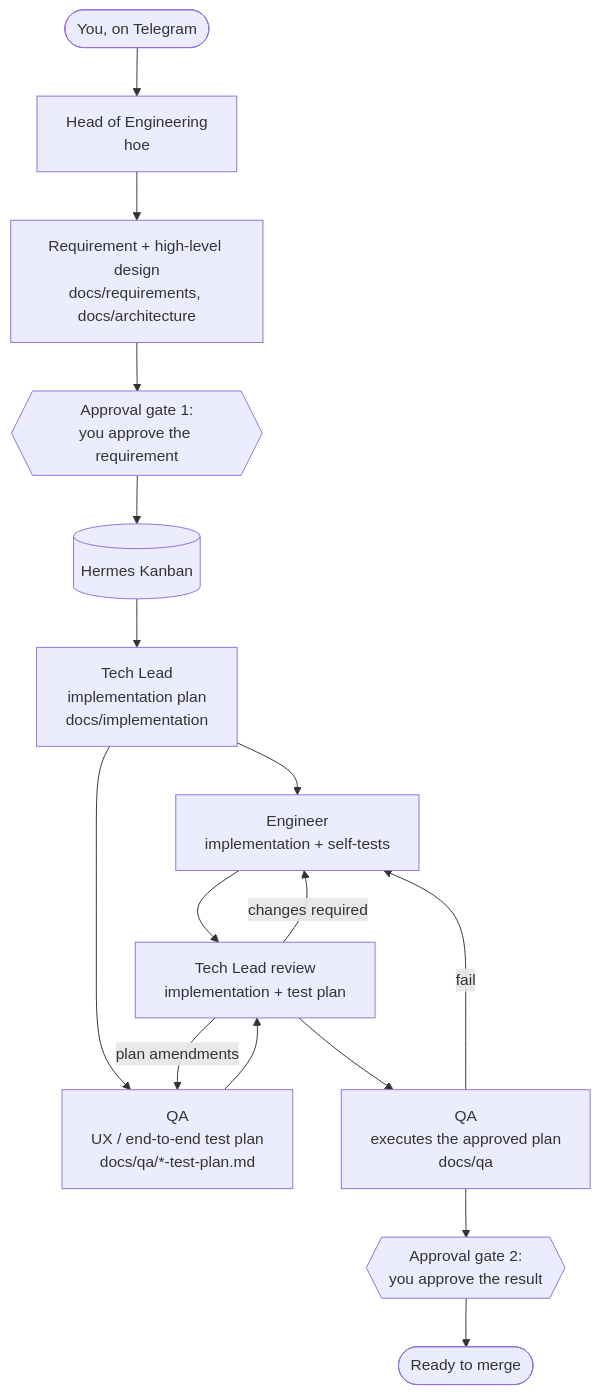
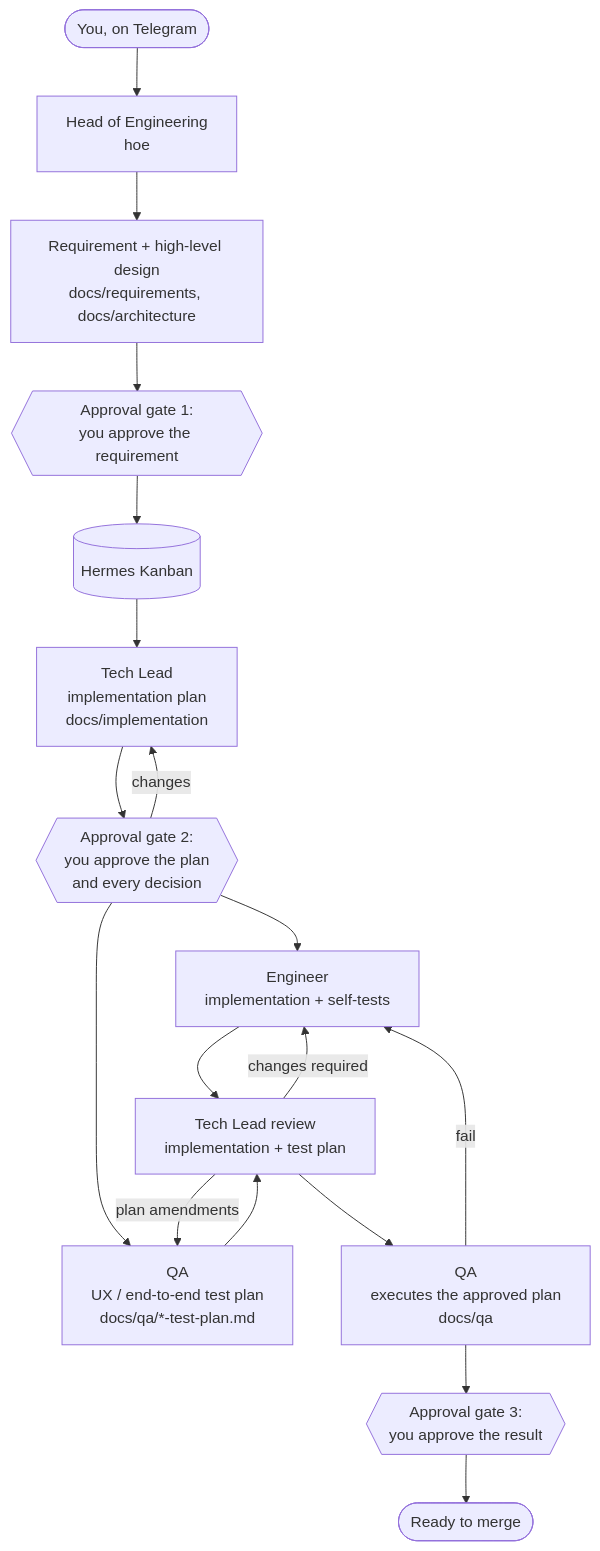
One commit to milhamj/ai-vps-bootstrap changed the diagram in README.md. Above: the diagram before and after it, drawn with Mermaid. The commit also changed other lines of this file and 6 other files, not shown here.

First line of the commit message:
Owner plan approval gate, review-fix rules, and review-cycle minimization

````diff
--- a/README.md
+++ b/README.md
@@ -9,18 +9,20 @@
 ```mermaid
 flowchart TD
     you([You, on Telegram]) --> hoe[Head of Engineering<br/>hoe]
     hoe --> req[Requirement + high-level design<br/>docs/requirements, docs/architecture]
     req --> gate1{{Approval gate 1:<br/>you approve the requirement}}
     gate1 --> kanban[(Hermes Kanban)]
     kanban --> tl[Tech Lead<br/>implementation plan<br/>docs/implementation]
-    tl --> eng[Engineer<br/>implementation + self-tests]
-    tl --> qaplan[QA<br/>UX / end-to-end test plan<br/>docs/qa/*-test-plan.md]
+    tl --> gate2{{Approval gate 2:<br/>you approve the plan<br/>and every decision}}
+    gate2 -- changes --> tl
+    gate2 --> eng[Engineer<br/>implementation + self-tests]
+    gate2 --> qaplan[QA<br/>UX / end-to-end test plan<br/>docs/qa/*-test-plan.md]
     eng --> review[Tech Lead review<br/>implementation + test plan]
     qaplan --> review
     review -- changes required --> eng
     review -- plan amendments --> qaplan
     review --> qa[QA<br/>executes the approved plan<br/>docs/qa]
     qa -- fail --> eng
-    qa --> gate2{{Approval gate 2:<br/>you approve the result}}
-    gate2 --> merge([Ready to merge])
+    qa --> gate3{{Approval gate 3:<br/>you approve the result}}
+    gate3 --> merge([Ready to merge])
 ```
````
